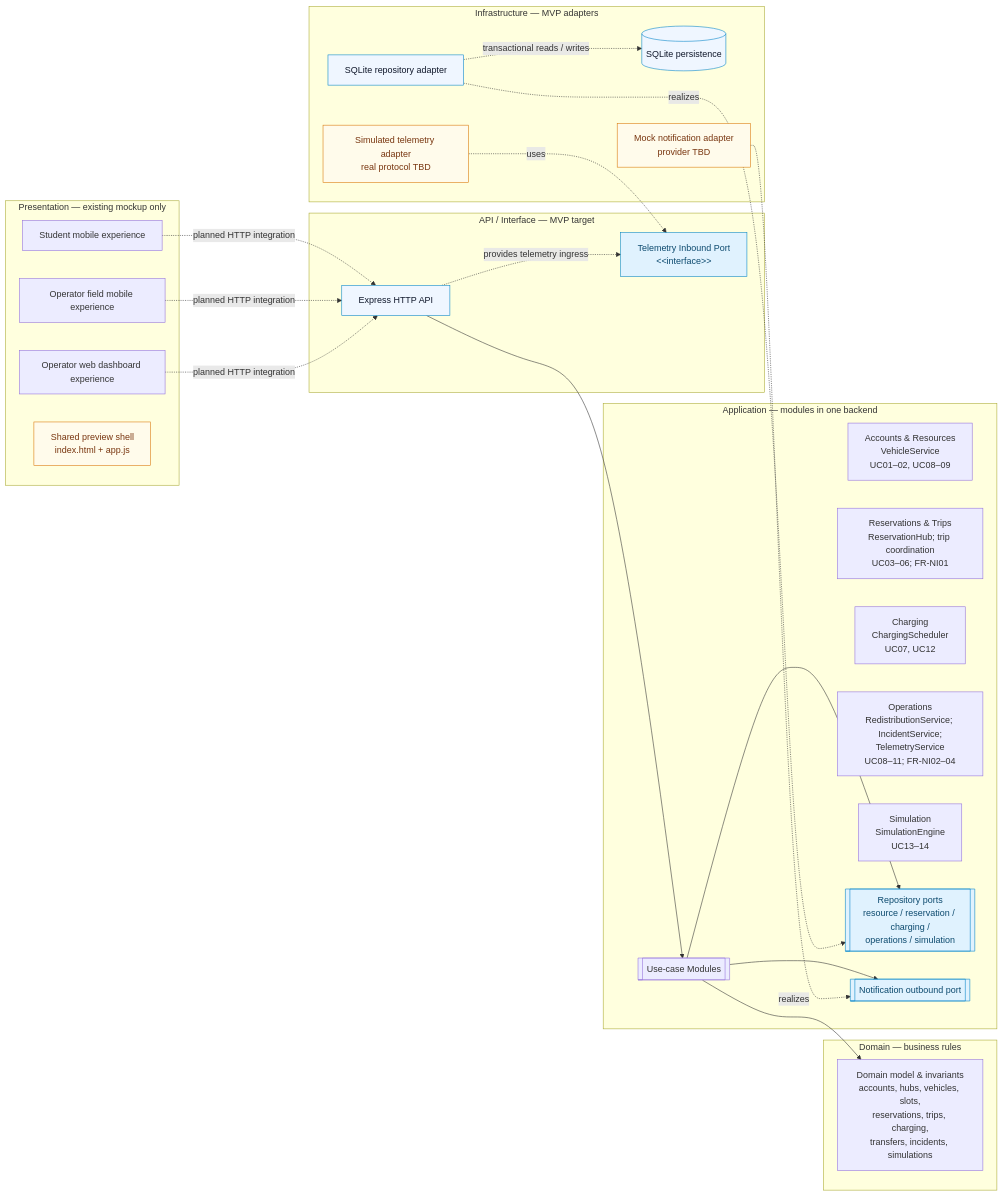
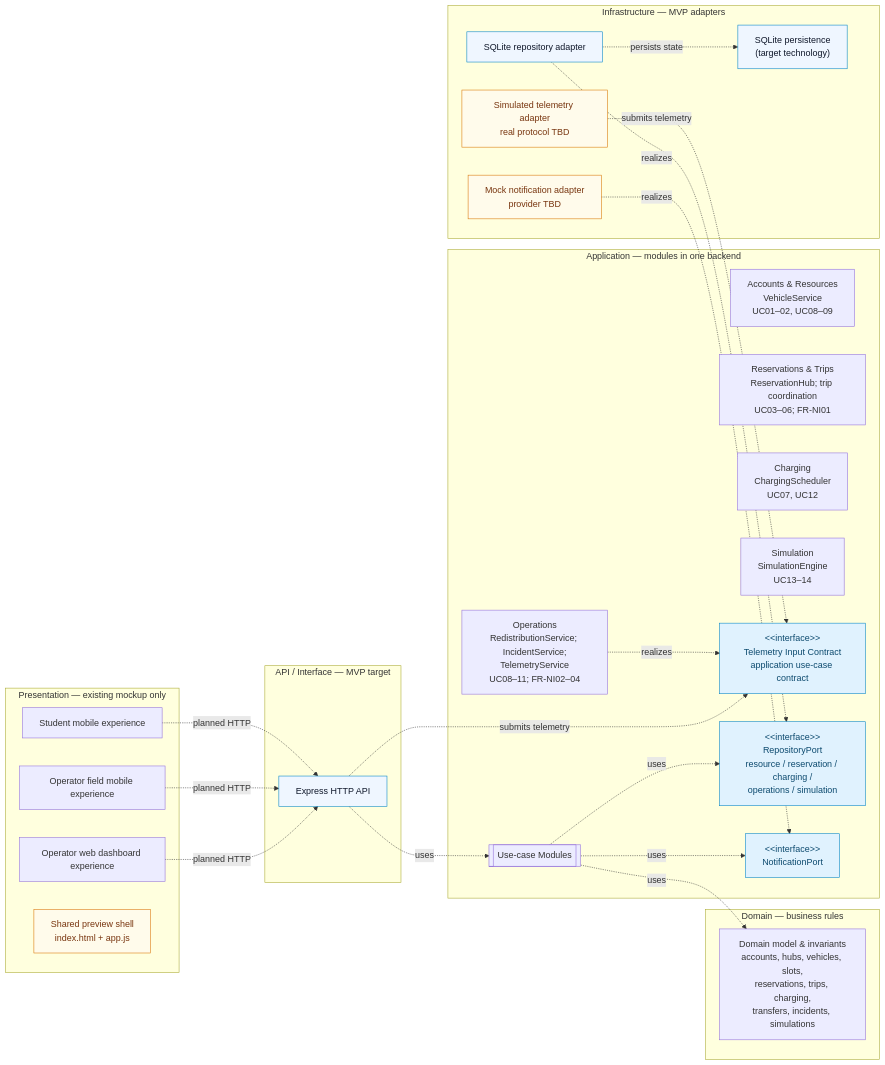
The diagram in 01_Diagram/06_Development_View/DV01-Component_Diagram.mmd (YdtTran/software-engineerning), drawn with Mermaid before and after one commit. The commit also changed 8 other files, not shown here.

Commit message:
update diagram

```diff
--- a/01_Diagram/06_Development_View/DV01-Component_Diagram.mmd
+++ b/01_Diagram/06_Development_View/DV01-Component_Diagram.mmd
@@ -1,59 +1,61 @@
 flowchart LR
     subgraph presentation["Presentation — existing mockup only"]
         student["Student mobile experience"]
         opmobile["Operator field mobile experience"]
         opweb["Operator web dashboard experience"]
         preview["Shared preview shell<br/>index.html + app.js"]
     end
-    student -. "planned HTTP integration" .-> http
-    opmobile -. "planned HTTP integration" .-> http
-    opweb -. "planned HTTP integration" .-> http
+    student -. "planned HTTP" .-> http
+    opmobile -. "planned HTTP" .-> http
+    opweb -. "planned HTTP" .-> http
 
     subgraph api["API / Interface — MVP target"]
         http["Express HTTP API"]
-        telemetryIn["Telemetry Inbound Port<br/>&lt;&lt;interface&gt;&gt;"]
     end
 
     subgraph application["Application — modules in one backend"]
         accounts["Accounts & Resources<br/>VehicleService<br/>UC01–02, UC08–09"]
         reservations["Reservations & Trips<br/>ReservationHub; trip coordination<br/>UC03–06; FR-NI01"]
         charging["Charging<br/>ChargingScheduler<br/>UC07, UC12"]
         operations["Operations<br/>RedistributionService; IncidentService;<br/>TelemetryService<br/>UC08–11; FR-NI02–04"]
         simulation["Simulation<br/>SimulationEngine<br/>UC13–14"]
         useCaseModules[["Use-case Modules"]]
-        repoPort[["Repository ports<br/>resource / reservation / charging /<br/>operations / simulation"]]
-        notificationPort[["Notification outbound port"]]
+        telemetryIn["&lt;&lt;interface&gt;&gt;<br/>Telemetry Input Contract<br/>application use-case contract"]
+        repoPort["&lt;&lt;interface&gt;&gt;<br/>RepositoryPort<br/>resource / reservation / charging /<br/>operations / simulation"]
+        notificationPort["&lt;&lt;interface&gt;&gt;<br/>NotificationPort"]
     end
 
     subgraph domain["Domain — business rules"]
         domainModel["Domain model & invariants<br/>accounts, hubs, vehicles, slots,<br/>reservations, trips, charging,<br/>transfers, incidents, simulations"]
     end
 
     subgraph infrastructure["Infrastructure — MVP adapters"]
         sqliteAdapter["SQLite repository adapter"]
-        sqlite[("SQLite persistence")]
+        sqlite["SQLite persistence<br/>(target technology)"]
         simulatedTelemetry["Simulated telemetry adapter<br/>real protocol TBD"]
         mockNotification["Mock notification adapter<br/>provider TBD"]
     end
 
-    http --> useCaseModules
+    http -. "uses" .-> useCaseModules
 
-    useCaseModules --> domainModel
-    useCaseModules --> repoPort
-    useCaseModules --> notificationPort
-    http -. "provides telemetry ingress" .-> telemetryIn
+    useCaseModules -. "uses" .-> domainModel
+    useCaseModules -. "uses" .-> repoPort
+    useCaseModules -. "uses" .-> notificationPort
+    operations -. "realizes" .-> telemetryIn
+    http -. "submits telemetry" .-> telemetryIn
 
     sqliteAdapter -. "realizes" .-> repoPort
-    sqliteAdapter -. "transactional reads / writes" .-> sqlite
-    simulatedTelemetry -. "uses" .-> telemetryIn
+    sqliteAdapter -. "persists state" .-> sqlite
+    simulatedTelemetry -. "submits telemetry" .-> telemetryIn
     mockNotification -. "realizes" .-> notificationPort
 
     classDef target fill:#eff6ff,stroke:#0284c7,color:#0f172a;
     classDef port fill:#e0f2fe,stroke:#0284c7,color:#0c4a6e;
     classDef mock fill:#fffbeb,stroke:#d97706,color:#78350f;
     class http,sqlite,sqliteAdapter target;
     class telemetryIn,repoPort,notificationPort port;
     class simulatedTelemetry,mockNotification,preview mock;
 
-    %% Mermaid shows interface and realization semantics descriptively; use PlantUML for exact UML notation.
+    %% Mermaid approximates UML interface/realization glyphs; see PlantUML for exact notation.
+    %% Dashed arrows point from a client component to its supplier interface.
     %% The diagram does not represent deployment nodes.
```
